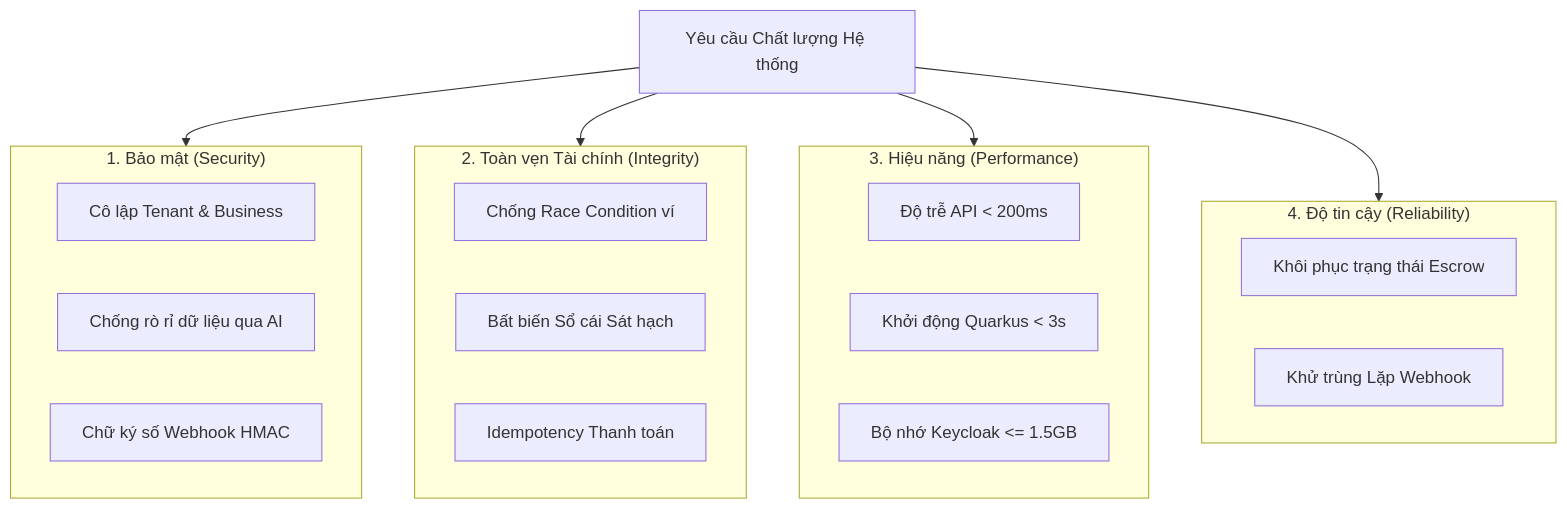
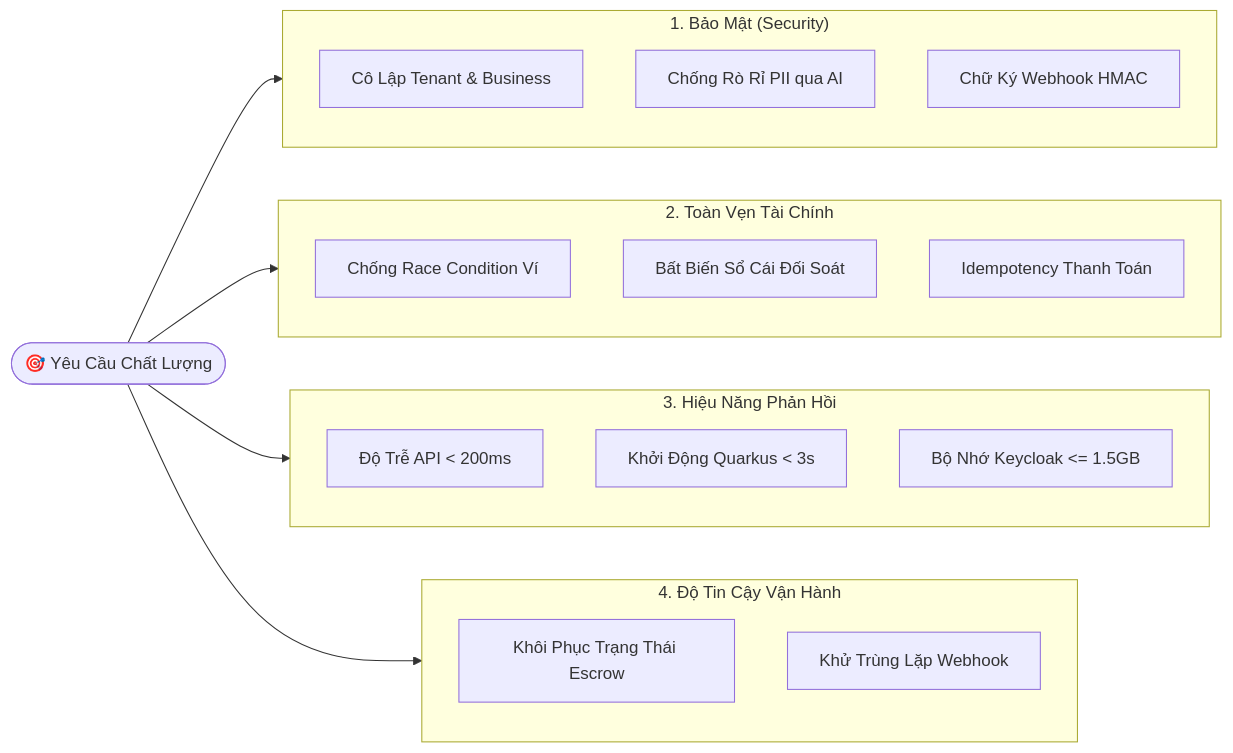
One commit to nhimtjofc/v-erp-lite changed diagram 13 of 14 in docs/ARCHITECTURE_ARC42.md. Above: the diagram before and after it, drawn with Mermaid. The commit also changed other lines of this file, not shown here.

````diff
--- a/docs/ARCHITECTURE_ARC42.md
+++ b/docs/ARCHITECTURE_ARC42.md
@@ -644,32 +671,32 @@
 ```mermaid
-graph TD
-    QualityTree["Yêu cầu Chất lượng Hệ thống"]
+flowchart LR
+    Root(["🎯 Yêu Cầu Chất Lượng"])
 
-    subgraph Security ["1. Bảo mật (Security)"]
-        Sec1["Cô lập Tenant & Business"]
-        Sec2["Chống rò rỉ dữ liệu qua AI"]
-        Sec3["Chữ ký số Webhook HMAC"]
+    subgraph Sec ["1. Bảo Mật (Security)"]
+        Sec1["Cô Lập Tenant & Business"]
+        Sec2["Chống Rò Rỉ PII qua AI"]
+        Sec3["Chữ Ký Webhook HMAC"]
     end
 
-    subgraph Financial ["2. Toàn vẹn Tài chính (Integrity)"]
-        Fin1["Chống Race Condition ví"]
-        Fin2["Bất biến Sổ cái Sát hạch"]
-        Fin3["Idempotency Thanh toán"]
+    subgraph Fin ["2. Toàn Vẹn Tài Chính"]
+        Fin1["Chống Race Condition Ví"]
+        Fin2["Bất Biến Sổ Cái Đối Soát"]
+        Fin3["Idempotency Thanh Toán"]
     end
 
-    subgraph Performance ["3. Hiệu năng (Performance)"]
-        Perf1["Độ trễ API < 200ms"]
-        Perf2["Khởi động Quarkus < 3s"]
-        Perf3["Bộ nhớ Keycloak <= 1.5GB"]
+    subgraph Perf ["3. Hiệu Năng Phản Hồi"]
+        Perf1["Độ Trễ API < 200ms"]
+        Perf2["Khởi Động Quarkus < 3s"]
+        Perf3["Bộ Nhớ Keycloak <= 1.5GB"]
     end
 
-    subgraph Reliability ["4. Độ tin cậy (Reliability)"]
-        Rel1["Khôi phục trạng thái Escrow"]
-        Rel2["Khử trùng Lặp Webhook"]
+    subgraph Rel ["4. Độ Tin Cậy Vận Hành"]
+        Rel1["Khôi Phục Trạng Thái Escrow"]
+        Rel2["Khử Trùng Lặp Webhook"]
     end
 
-    QualityTree --> Security
-    QualityTree --> Financial
-    QualityTree --> Performance
-    QualityTree --> Reliability
+    Root --> Sec
+    Root --> Fin
+    Root --> Perf
+    Root --> Rel
 ```
````
